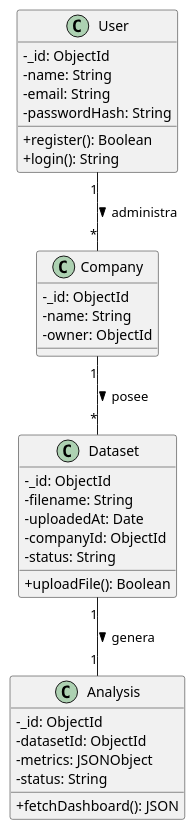
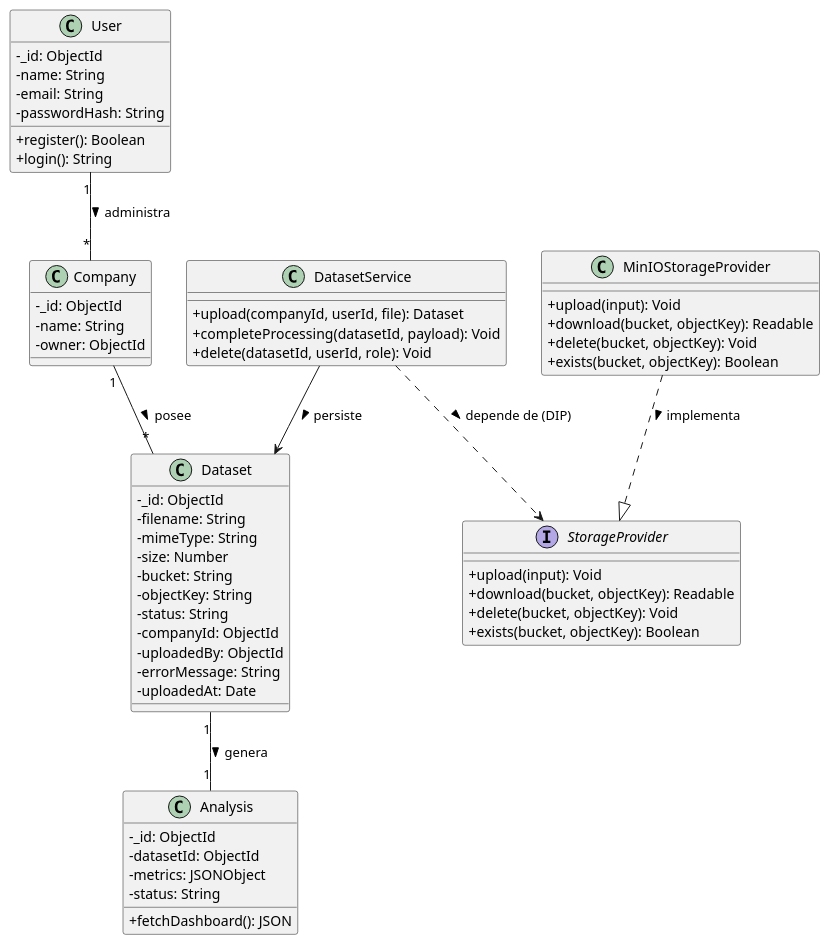
Before and after one commit to ezepurro/business-dashboard: the second of 5 diagrams in docs/srs.md, drawn with PlantUML. The commit also changed other lines of this file and 3 other files, not shown here.

Commit message:
file storage architecture defined

````diff
--- a/docs/srs.md
+++ b/docs/srs.md
@@ -100,41 +105,69 @@
 ```plantuml
 @startuml
 skinparam classAttributeIconSize 0
 
 class User {
     - _id: ObjectId
     - name: String
     - email: String
     - passwordHash: String
     + register(): Boolean
     + login(): String
 }
 
 class Company {
     - _id: ObjectId
     - name: String
     - owner: ObjectId
 }
 
 class Dataset {
     - _id: ObjectId
     - filename: String
+    - mimeType: String
+    - size: Number
+    - bucket: String
+    - objectKey: String
+    - status: String
+    - companyId: ObjectId
+    - uploadedBy: ObjectId
+    - errorMessage: String
     - uploadedAt: Date
-    - companyId: ObjectId
-    - status: String
-    + uploadFile(): Boolean
 }
 
 class Analysis {
     - _id: ObjectId
     - datasetId: ObjectId
     - metrics: JSONObject
     - status: String
     + fetchDashboard(): JSON
 }
 
+interface StorageProvider {
+    + upload(input): Void
+    + download(bucket, objectKey): Readable
+    + delete(bucket, objectKey): Void
+    + exists(bucket, objectKey): Boolean
+}
+
+class MinIOStorageProvider {
+    + upload(input): Void
+    + download(bucket, objectKey): Readable
+    + delete(bucket, objectKey): Void
+    + exists(bucket, objectKey): Boolean
+}
+
+class DatasetService {
+    + upload(companyId, userId, file): Dataset
+    + completeProcessing(datasetId, payload): Void
+    + delete(datasetId, userId, role): Void
+}
+
 User "1" -- "*" Company : administra >
 Company "1" -- "*" Dataset : posee >
 Dataset "1" -- "1" Analysis : genera >
+DatasetService ..> StorageProvider : depende de (DIP) >
+MinIOStorageProvider ..|> StorageProvider : implementa >
+DatasetService --> Dataset : persiste >
 @endum
 ```
````
